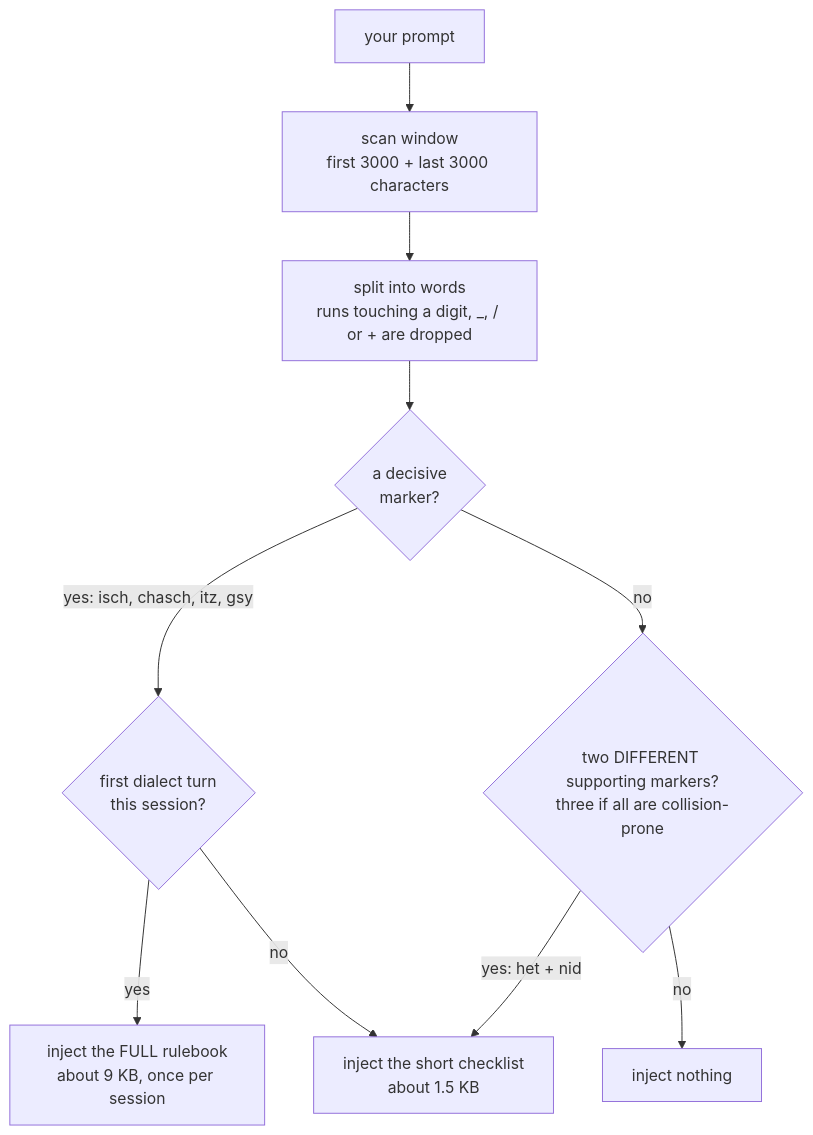
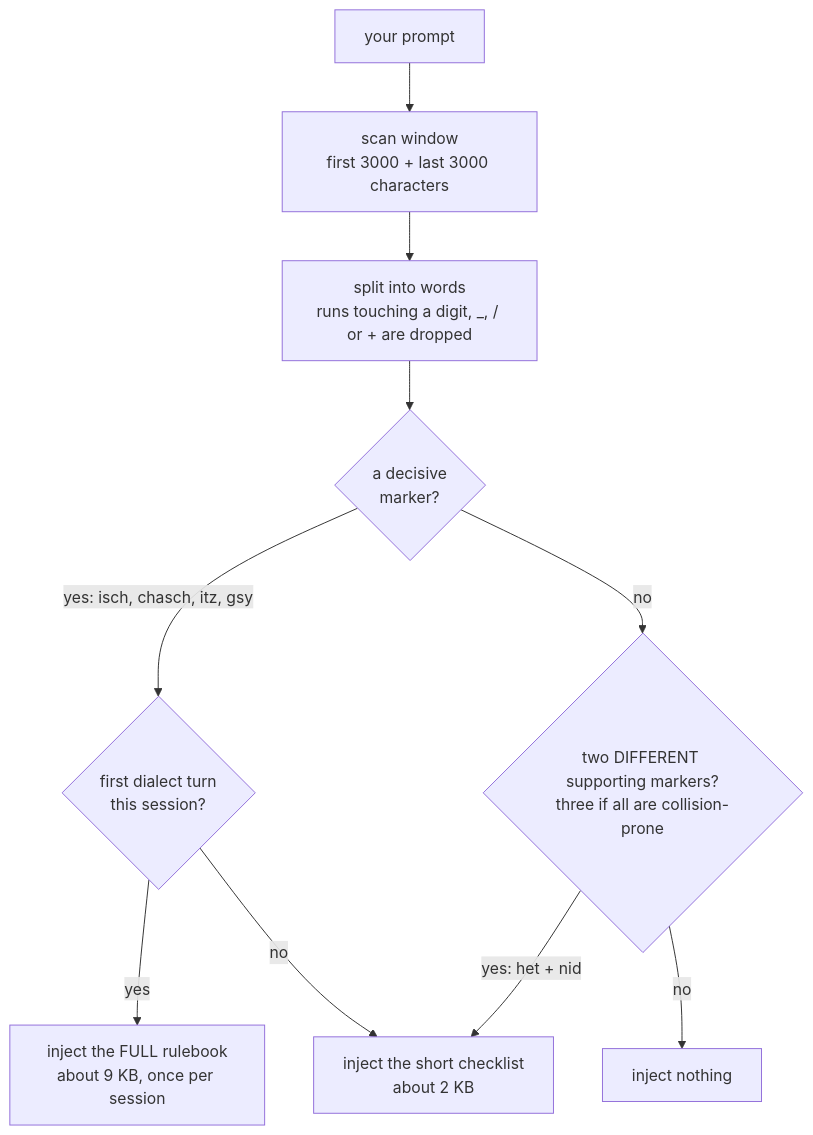
One commit to sapn95/berndeutsch-for-ai changed the third of 3 diagrams in README.md. Above: the diagram before and after it, drawn with Mermaid. The commit also changed other lines of this file and 4 other files, not shown here.

````diff
--- a/README.md
+++ b/README.md
@@ -293,12 +293,12 @@
 ```mermaid
 flowchart TD
     P["your prompt"] --> W["scan window<br/>first 3000 + last 3000 characters"]
     W --> T["split into words<br/>runs touching a digit, _, / or + are dropped"]
     T --> D{"a decisive<br/>marker?"}
     D -->|"yes: isch, chasch, itz, gsy"| B{"first dialect turn<br/>this session?"}
     B -->|yes| FULL["inject the FULL rulebook<br/>about 9 KB, once per session"]
-    B -->|no| CL["inject the short checklist<br/>about 1.5 KB"]
+    B -->|no| CL["inject the short checklist<br/>about 2 KB"]
     D -->|no| S{"two DIFFERENT supporting markers?<br/>three if all are collision-prone"}
     S -->|"yes: het + nid"| CL
     S -->|no| N["inject nothing"]
 ```
````
